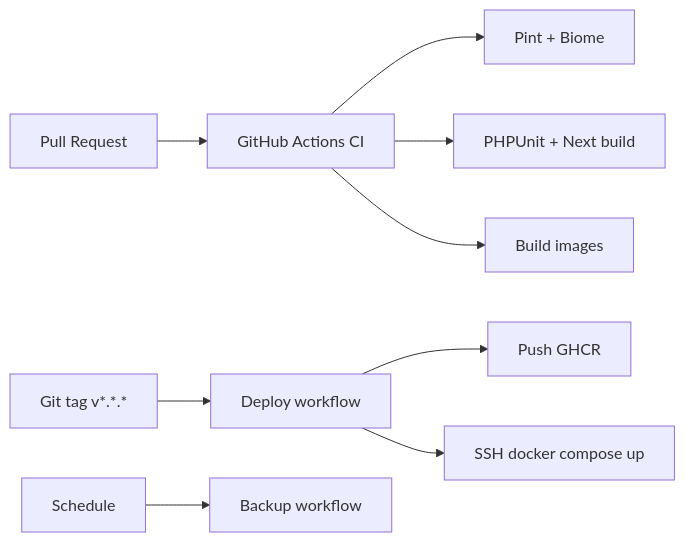
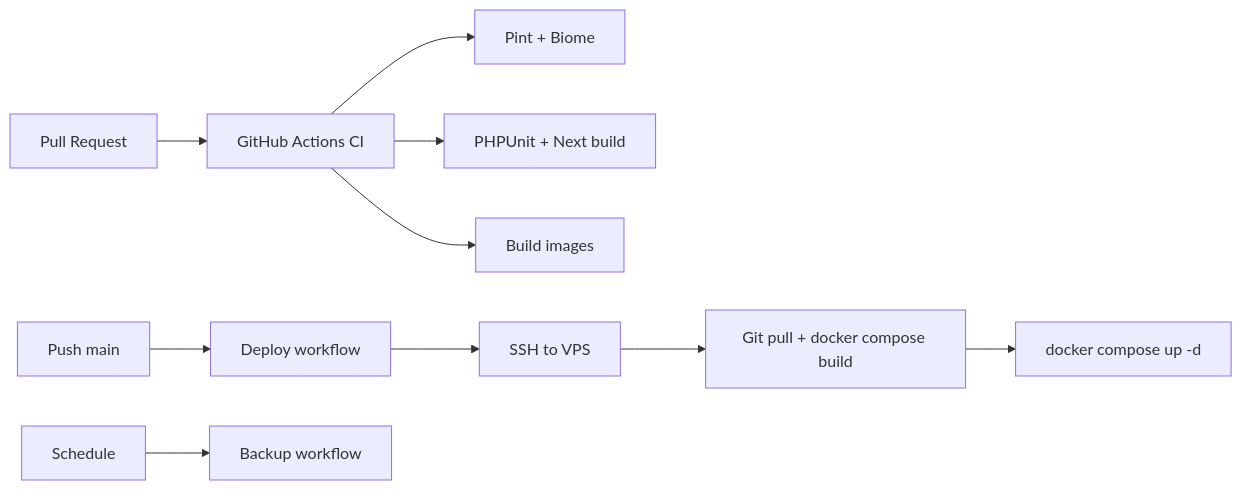
Before and after one commit to addingama/sima: the second of 2 diagrams in docs/ARCHITECTURE.md, drawn with Mermaid. The commit also changed 5 other files, not shown here.

Commit message:
ci(deploy): build docker on vps via ssh

````diff
--- a/docs/ARCHITECTURE.md
+++ b/docs/ARCHITECTURE.md
@@ -90,11 +90,12 @@
 ```mermaid
 flowchart LR
     PR[Pull Request] --> CI[GitHub Actions CI]
     CI --> Lint[Pint + Biome]
     CI --> Test[PHPUnit + Next build]
     CI --> Docker[Build images]
-    Tag[Git tag v*.*.*] --> Deploy[Deploy workflow]
-    Deploy --> GHCR[Push GHCR]
-    Deploy --> SSH[SSH docker compose up]
+    Main[Push main] --> Deploy[Deploy workflow]
+    Deploy --> SSH[SSH to VPS]
+    SSH --> Build[Git pull + docker compose build]
+    Build --> Up[docker compose up -d]
     Cron[Schedule] --> Backup[Backup workflow]
 ```
````
